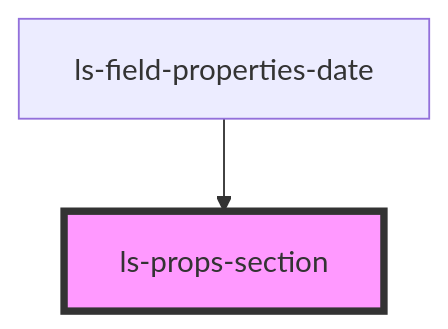
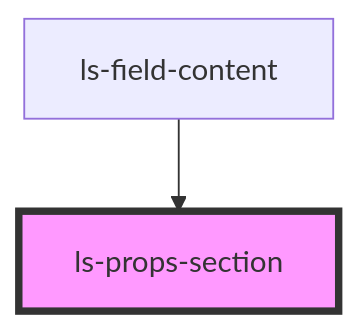
Before and after one commit to legalesign/ls-document-viewer: the diagram in src/components/ls-props-section/readme.md, drawn with Mermaid. The commit also changed other lines of this file and 23 other files, not shown here.

````diff
--- a/src/components/ls-props-section/readme.md
+++ b/src/components/ls-props-section/readme.md
@@ -24,5 +24,5 @@
 ```mermaid
 graph TD;
-  ls-field-properties-date --> ls-props-section
+  ls-field-content --> ls-props-section
   style ls-props-section fill:#f9f,stroke:#333,stroke-width:4px
 ```
````
